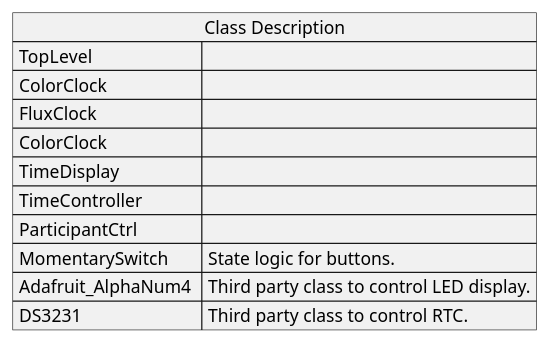
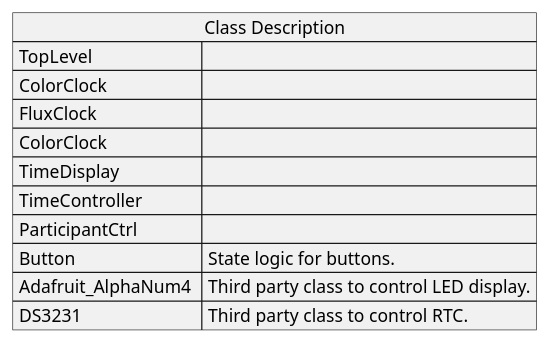
One commit to rebeccajennifer/color-clock changed the diagram in docs/sw-docs/plant-uml/color-clock-class-descriptions.puml. Above: the diagram before and after it, drawn with PlantUML. The commit also changed 6 other files, not shown here.

Commit message:
refactor: Changed MomentarySwitch to Button, added note

```diff
--- a/docs/sw-docs/plant-uml/color-clock-class-descriptions.puml
+++ b/docs/sw-docs/plant-uml/color-clock-class-descriptions.puml
@@ -1,16 +1,16 @@
 @startuml
 '_______________________________________________________________________
 ' Class descriptions
 json "Class Description" as class_desc {
   "TopLevel           " : ""
 , "ColorClock         " : ""
 , "FluxClock          " : ""
 , "ColorClock         " : ""
 , "TimeDisplay        " : ""
 , "TimeController     " : ""
 , "ParticipantCtrl    " : ""
-, "MomentarySwitch    " : "State logic for buttons."
+, "Button    " : "State logic for buttons."
 , "Adafruit_AlphaNum4 " : "Third party class to control LED display."
 , "DS3231             " : "Third party class to control RTC."
 }
 @enduml
```
